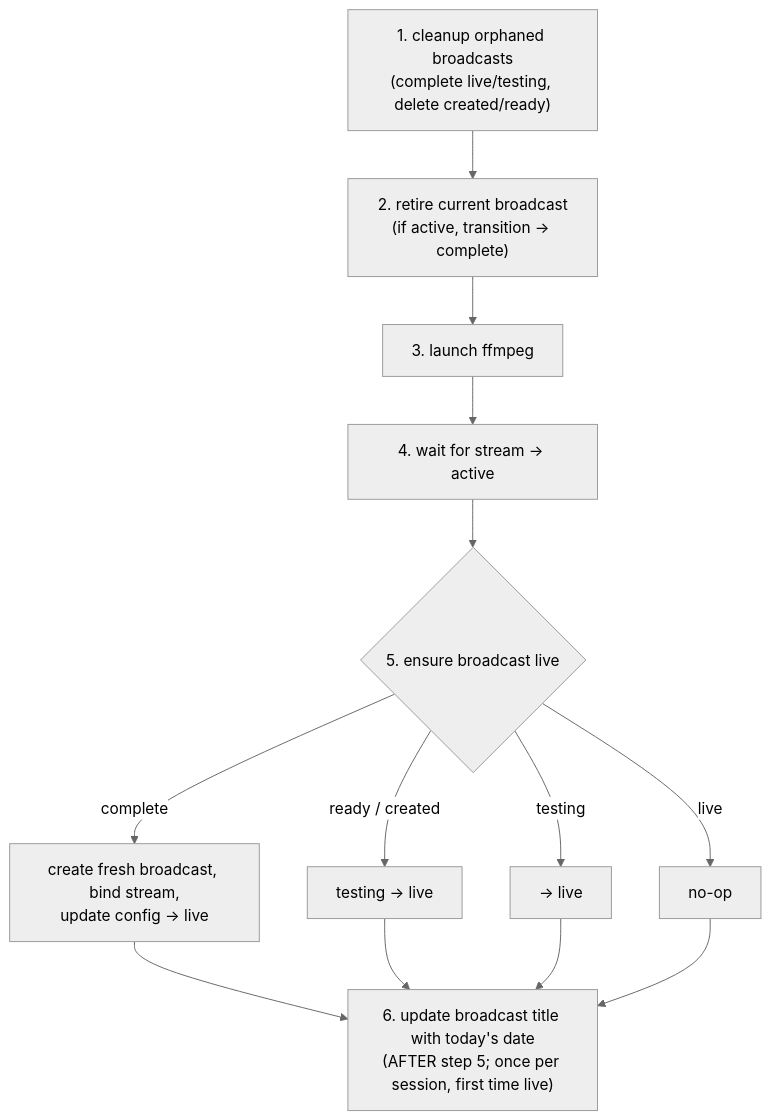
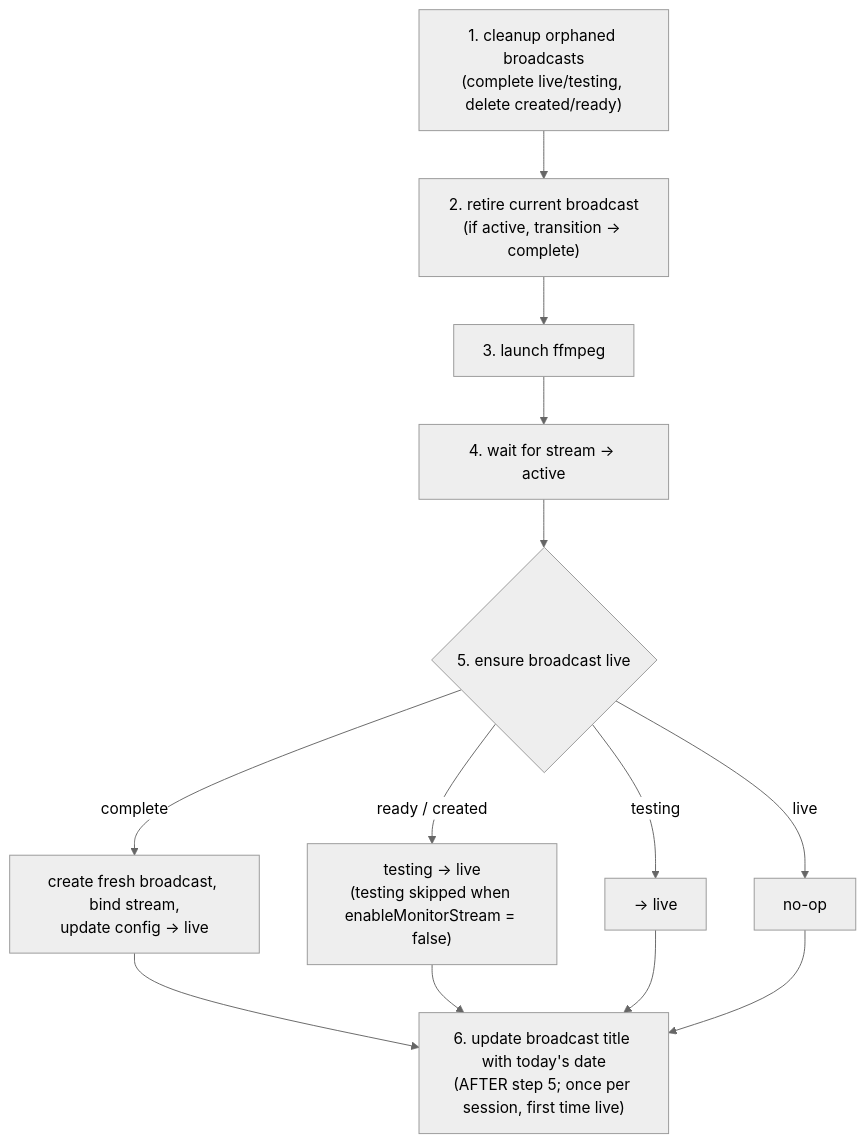
The diagram in docs/broadcast-lifecycle.md (BCFreeFlight/Stream), drawn with Mermaid (neutral theme) before and after one commit. The commit also changed other lines of this file and 4 other files, not shown here.

Commit message:
fix: skip the testing transition when the monitor stream is disabled (#127)

````diff
--- a/docs/broadcast-lifecycle.md
+++ b/docs/broadcast-lifecycle.md
@@ -49,15 +49,15 @@
 ```mermaid
 flowchart TD
     A["1. cleanup orphaned broadcasts<br/>(complete live/testing, delete created/ready)"] --> B["2. retire current broadcast<br/>(if active, transition → complete)"]
     B --> C[3. launch ffmpeg]
     C --> D[4. wait for stream → active]
     D --> E{5. ensure broadcast live}
     E -->|complete| F[create fresh broadcast, bind stream,<br/>update config → live]
-    E -->|ready / created| G[testing → live]
+    E -->|ready / created| G["testing → live<br/>(testing skipped when enableMonitorStream = false)"]
     E -->|testing| H[→ live]
     E -->|live| I[no-op]
     F --> J["6. update broadcast title with today's date<br/>(AFTER step 5; once per session, first time live)"]
     G --> J
     H --> J
     I --> J
 ```
````
